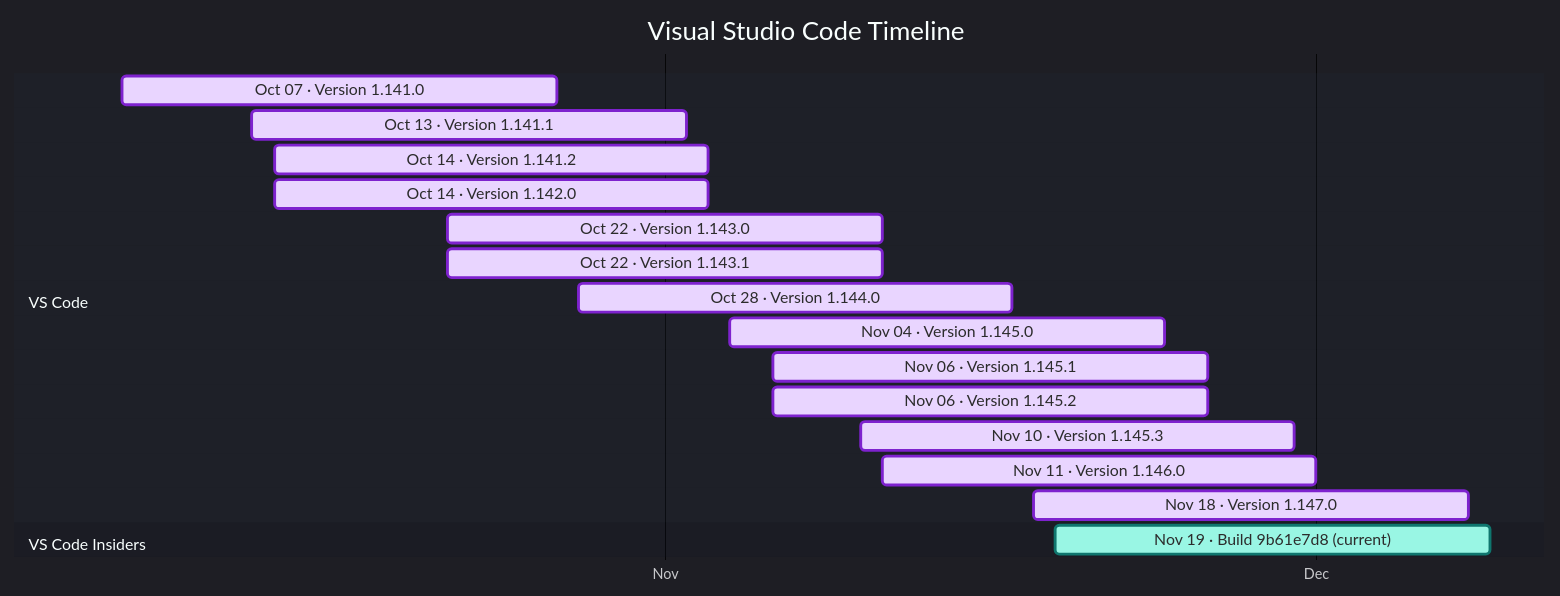
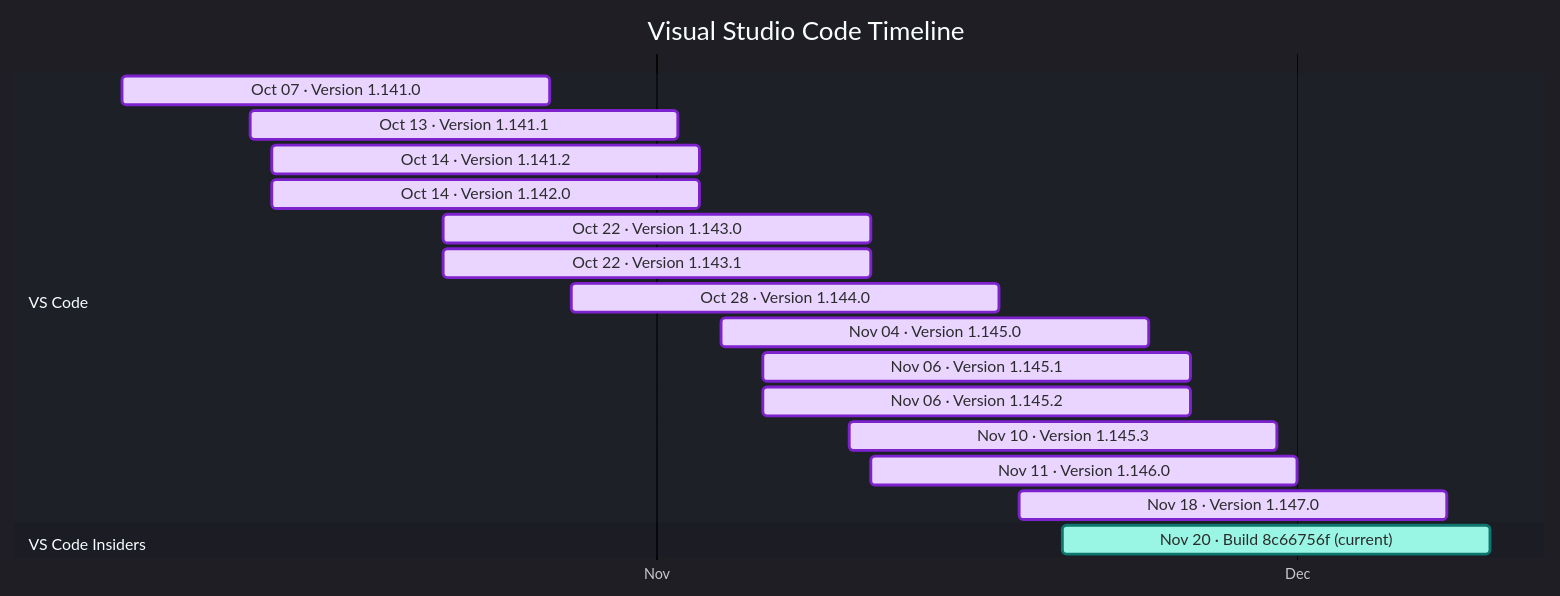
The diagram in docs/vscode.md (Oxelya-DevTools/VisualStudioUpdate), drawn with Mermaid before and after one commit. The commit also changed other lines of this file and 1 other file, not shown here.

````diff
--- a/docs/vscode.md
+++ b/docs/vscode.md
@@ -9,24 +9,24 @@
 ```mermaid
 %%{init: {'theme':'dark','themeVariables': { 'fontFamily': 'Segoe UI', 'fontSize': '24px', 'textColor': '#F3F4F6', 'titleTextColor': '#FFFFFF', 'taskTextColor': '#111827', 'taskTextLightColor': '#111827', 'taskTextOutsideColor': '#F3F4F6', 'taskBkgColor': '#BAE6FD', 'taskBorderColor': '#0369A1', 'doneTaskBkgColor': '#E9D5FF', 'doneTaskBorderColor': '#7E22CE', 'activeTaskBkgColor': '#99F6E4', 'activeTaskBorderColor': '#0F766E', 'critTaskBkgColor': '#FED7AA', 'critTaskBorderColor': '#C2410C', 'sectionBkgColor': '#1F2937', 'altSectionBkgColor': '#111827', 'gridColor': '#4B5563', 'todayLineColor': '#F87171' }}}%%
 gantt
     title Visual Studio Code Timeline
     dateFormat  YYYY-MM-DD
     axisFormat  %b
     tickInterval 1month
     section VS Code
     Oct 07 · Version 1.141.0 : done, vscode202610070, 2026-10-07, 20d
     Oct 13 · Version 1.141.1 : done, vscode202610131, 2026-10-13, 20d
     Oct 14 · Version 1.141.2 : done, vscode202610142, 2026-10-14, 20d
     Oct 14 · Version 1.142.0 : done, vscode202610143, 2026-10-14, 20d
     Oct 22 · Version 1.143.0 : done, vscode202610224, 2026-10-22, 20d
     Oct 22 · Version 1.143.1 : done, vscode202610225, 2026-10-22, 20d
     Oct 28 · Version 1.144.0 : done, vscode202610286, 2026-10-28, 20d
     Nov 04 · Version 1.145.0 : done, vscode202611047, 2026-11-04, 20d
     Nov 06 · Version 1.145.1 : done, vscode202611068, 2026-11-06, 20d
     Nov 06 · Version 1.145.2 : done, vscode202611069, 2026-11-06, 20d
     Nov 10 · Version 1.145.3 : done, vscode2026111010, 2026-11-10, 20d
     Nov 11 · Version 1.146.0 : done, vscode2026111111, 2026-11-11, 20d
     Nov 18 · Version 1.147.0 : done, vscode2026111812, 2026-11-18, 20d
     section VS Code Insiders
-    Nov 19 · Build 9b61e7d8 (current) : active, vscodeinsiders202611190, 2026-11-19, 20d
+    Nov 20 · Build 8c66756f (current) : active, vscodeinsiders202611200, 2026-11-20, 20d
 ```
````
